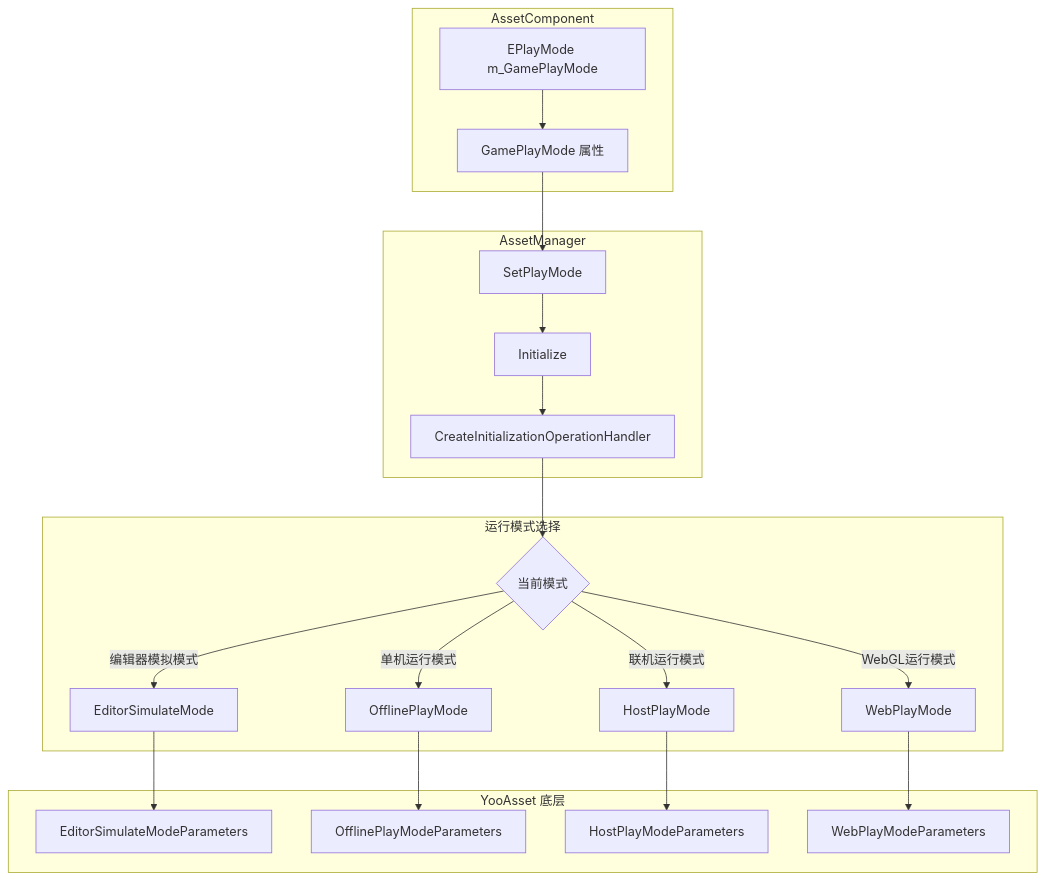
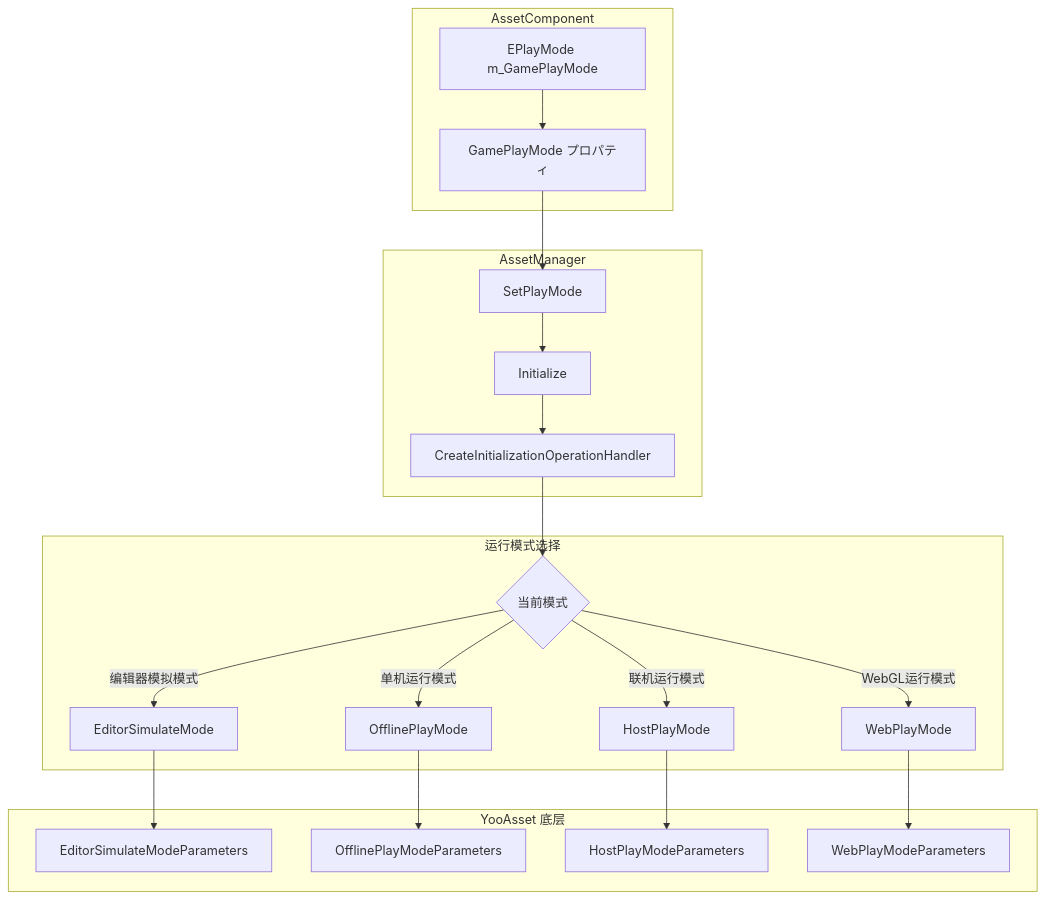
One commit to AlianBlank/GameFrameX.Docs changed the first of 2 diagrams in docs/ja/client/unity/component/asset/14.play-modes.md. Above: the diagram before and after it, drawn with Mermaid. The commit also changed other lines of this file and 603 other files, not shown here.

````diff
--- a/docs/ja/client/unity/component/asset/14.play-modes.md
+++ b/docs/ja/client/unity/component/asset/14.play-modes.md
@@ -18,42 +18,42 @@
 ```mermaid
 flowchart TD
     subgraph AssetComponent["AssetComponent"]
         A1[EPlayMode m_GamePlayMode]
-        A2[GamePlayMode 属性]
+        A2[GamePlayMode プロパティ]
     end
 
     subgraph AssetManager["AssetManager"]
         A3[SetPlayMode]
         A4[Initialize]
         A5[CreateInitializationOperationHandler]
     end
 
     subgraph PlayModeSelection["运行模式选择"]
         P1{当前模式}
         P2[EditorSimulateMode]
         P3[OfflinePlayMode]
         P4[HostPlayMode]
         P5[WebPlayMode]
     end
 
     subgraph YooAsset["YooAsset 底层"]
         Y1[EditorSimulateModeParameters]
         Y2[OfflinePlayModeParameters]
         Y3[HostPlayModeParameters]
         Y4[WebPlayModeParameters]
     end
 
     A1 --> A2
     A2 --> A3
     A3 --> A4
     A4 --> A5
     A5 --> P1
     P1 -->|编辑器模拟模式| P2
     P1 -->|单机运行模式| P3
     P1 -->|联机运行模式| P4
     P1 -->|WebGL运行模式| P5
     P2 --> Y1
     P3 --> Y2
     P4 --> Y3
     P5 --> Y4
 ```
````
